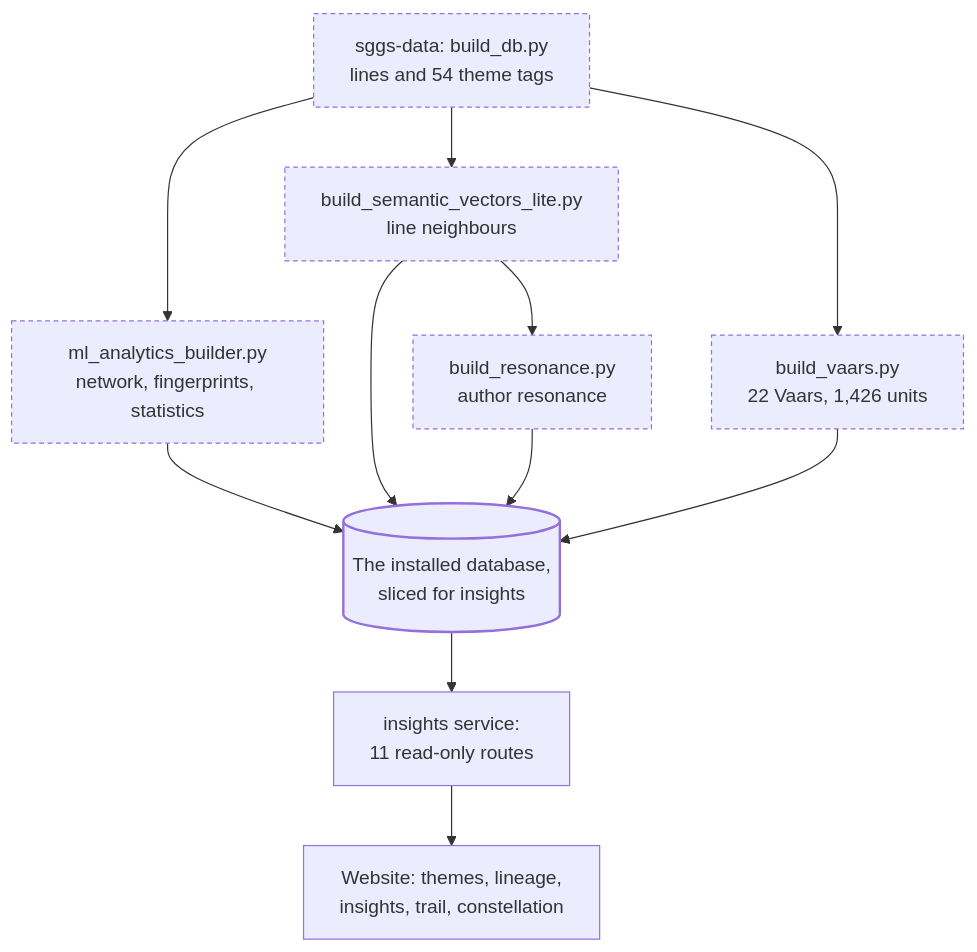
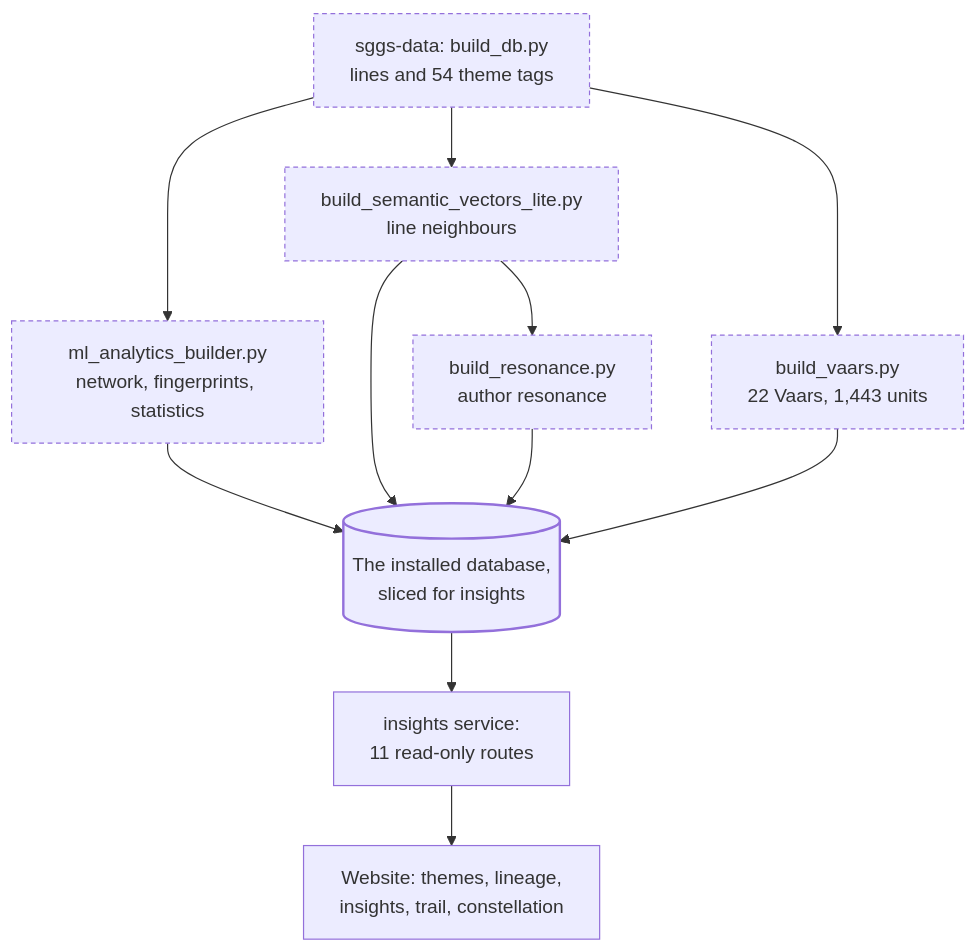
One commit to Algorythmos-AI/sggs-platform changed the diagram in docs/architecture/insights-context.md. Above: the diagram before and after it, drawn with Mermaid. The commit also changed other lines of this file and 3 other files, not shown here.

````diff
--- a/docs/architecture/insights-context.md
+++ b/docs/architecture/insights-context.md
@@ -26,19 +26,19 @@
 ```mermaid
 flowchart TB
     accTitle: The insights context reads tables that the sggs-data rebuild precomputes
     accDescr: In sggs-data, build_db.py writes the lines and the 54 theme tags. ml_analytics_builder.py derives the theme network, fingerprints, author and raag statistics and related compositions. build_semantic_vectors_lite.py writes line neighbours, build_resonance.py writes author resonance from them, and build_vaars.py writes the Vaar tables. The installed database is sliced for the insights service, which answers fourteen read-only routes used by the website's themes, lineage, insights, trail and constellation pages.
     t[sggs-data: build_db.py<br/>lines and 54 theme tags] --> m[ml_analytics_builder.py<br/>network, fingerprints, statistics]
     t --> s[build_semantic_vectors_lite.py<br/>line neighbours]
     s --> r[build_resonance.py<br/>author resonance]
-    t --> v[build_vaars.py<br/>22 Vaars, 1,426 units]
+    t --> v[build_vaars.py<br/>22 Vaars, 1,443 units]
     m --> d[(The installed database,<br/>sliced for insights)]
     s --> d
     r --> d
     v --> d
     d --> api[insights service:<br/>11 read-only routes]
     api --> web[Website: themes, lineage,<br/>insights, trail, constellation]
     class t,m,s,r,v build
     class d store
     classDef build stroke-dasharray: 4 3
     classDef store stroke-width: 2px
 ```
````
